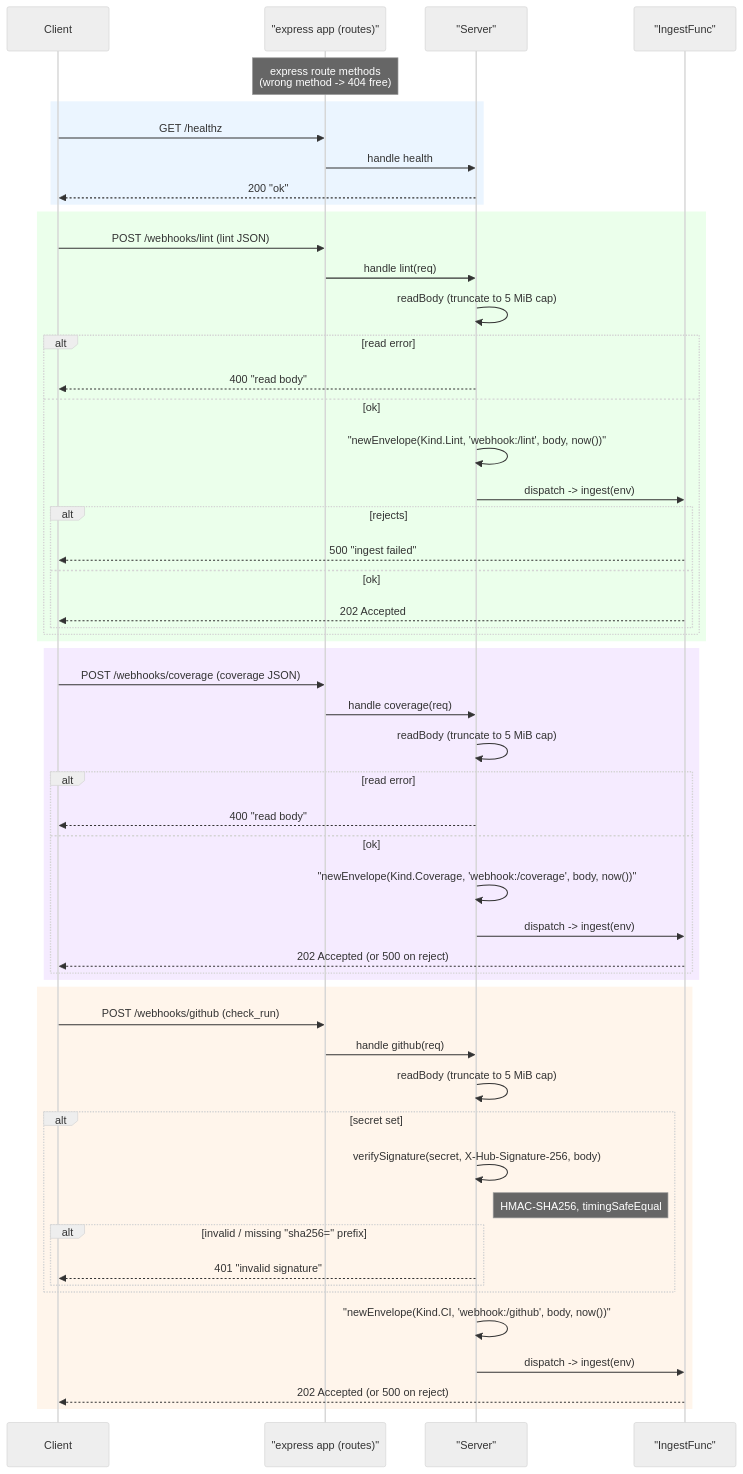
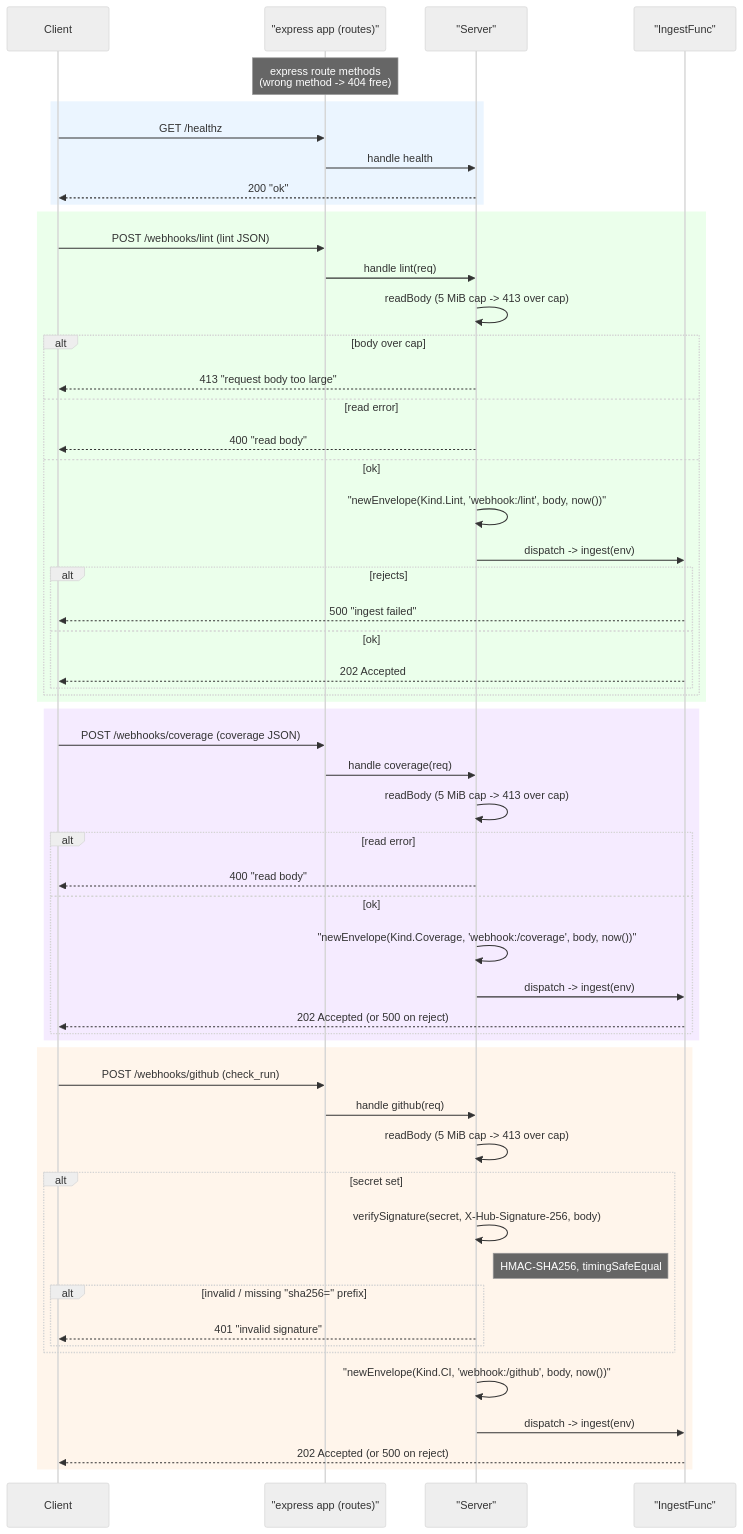
The diagram in javascript/src/webhook/AGENTS.md (jkjamies/automation-agent), drawn with Mermaid (neutral theme) before and after one commit. The commit also changed other lines of this file and 18 other files, not shown here.

````diff
--- a/javascript/src/webhook/AGENTS.md
+++ b/javascript/src/webhook/AGENTS.md
@@ -9,61 +9,63 @@
 ```mermaid
 sequenceDiagram
     participant Client
     participant App as "express app (routes)"
     participant Srv as "Server"
     participant Ingest as "IngestFunc"
 
     Note over App: express route methods<br/>(wrong method -> 404 free)
 
     rect rgb(235,245,255)
     Client->>App: GET /healthz
     App->>Srv: handle health
     Srv-->>Client: 200 "ok"
     end
 
     rect rgb(235,255,235)
     Client->>App: POST /webhooks/lint (lint JSON)
     App->>Srv: handle lint(req)
-    Srv->>Srv: readBody (truncate to 5 MiB cap)
-    alt read error
+    Srv->>Srv: readBody (5 MiB cap -> 413 over cap)
+    alt body over cap
+        Srv-->>Client: 413 "request body too large"
+    else read error
         Srv-->>Client: 400 "read body"
     else ok
         Srv->>Srv: "newEnvelope(Kind.Lint, 'webhook:/lint', body, now())"
         Srv->>Ingest: dispatch -> ingest(env)
         alt rejects
             Ingest-->>Client: 500 "ingest failed"
         else ok
             Ingest-->>Client: 202 Accepted
         end
     end
     end
 
     rect rgb(245,235,255)
     Client->>App: POST /webhooks/coverage (coverage JSON)
     App->>Srv: handle coverage(req)
-    Srv->>Srv: readBody (truncate to 5 MiB cap)
+    Srv->>Srv: readBody (5 MiB cap -> 413 over cap)
     alt read error
         Srv-->>Client: 400 "read body"
     else ok
         Srv->>Srv: "newEnvelope(Kind.Coverage, 'webhook:/coverage', body, now())"
         Srv->>Ingest: dispatch -> ingest(env)
         Ingest-->>Client: 202 Accepted (or 500 on reject)
     end
     end
 
     rect rgb(255,245,235)
     Client->>App: POST /webhooks/github (check_run)
     App->>Srv: handle github(req)
-    Srv->>Srv: readBody (truncate to 5 MiB cap)
+    Srv->>Srv: readBody (5 MiB cap -> 413 over cap)
     alt secret set
         Srv->>Srv: verifySignature(secret, X-Hub-Signature-256, body)
         Note right of Srv: HMAC-SHA256, timingSafeEqual
         alt invalid / missing "sha256=" prefix
             Srv-->>Client: 401 "invalid signature"
         end
     end
     Srv->>Srv: "newEnvelope(Kind.CI, 'webhook:/github', body, now())"
     Srv->>Ingest: dispatch -> ingest(env)
     Ingest-->>Client: 202 Accepted (or 500 on reject)
     end
 ```
````
